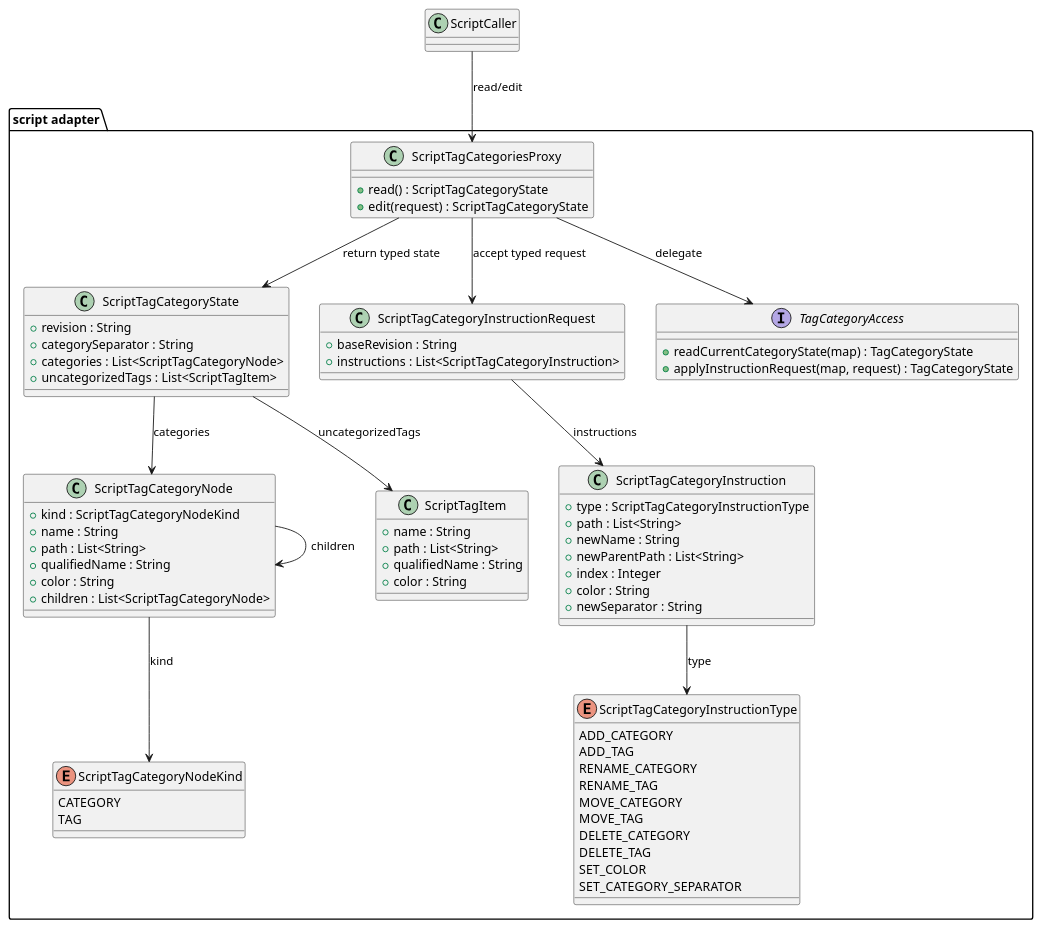
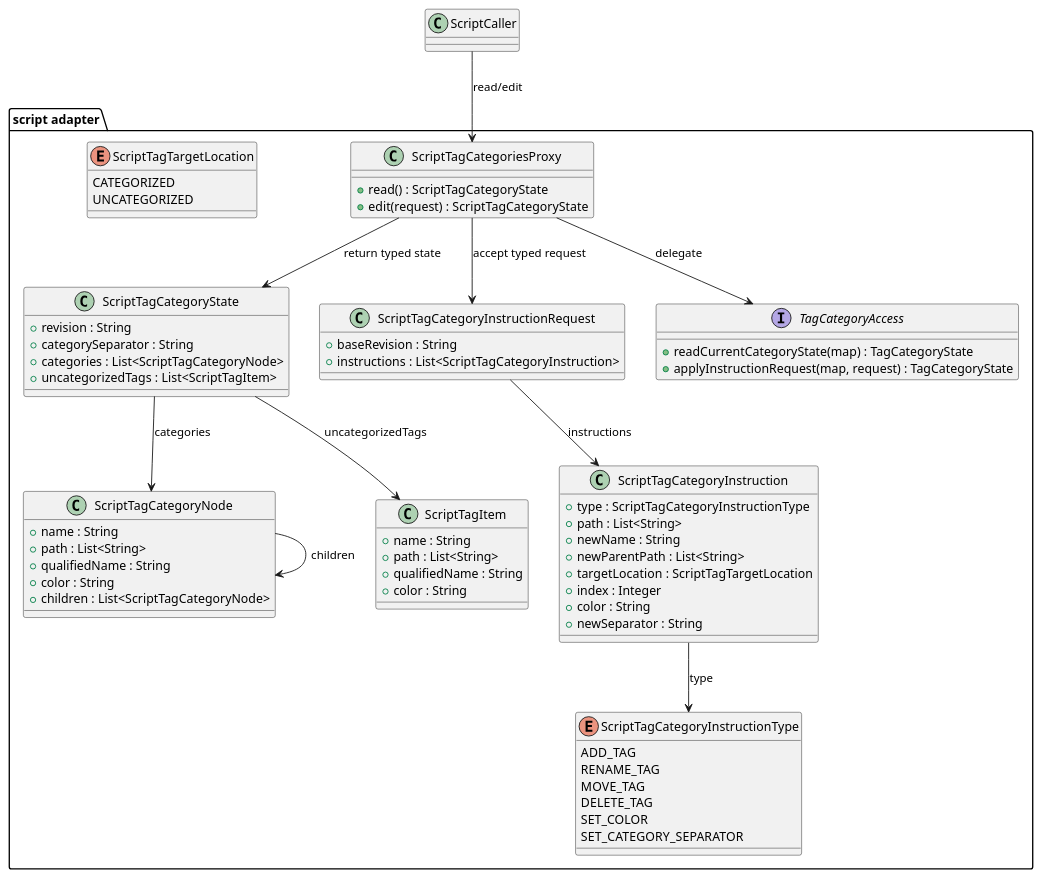
One commit to guoranjun2/nexordia changed the fifth of 7 diagrams in ai-specs/tasks/in-progress/expose-node-tags-to-ai-tools.md. Above: the diagram before and after it, drawn with PlantUML. The commit also changed other lines of this file and 29 other files, not shown here.

Commit message:
Refine tag category editing and hide removed tag sentinels

````diff
--- a/ai-specs/tasks/in-progress/expose-node-tags-to-ai-tools.md
+++ b/ai-specs/tasks/in-progress/expose-node-tags-to-ai-tools.md
@@ -897,76 +921,71 @@
 ```plantuml
 @startuml
 set separator none
 package "script adapter" {
   class ScriptTagCategoriesProxy {
     + read() : ScriptTagCategoryState
     + edit(request) : ScriptTagCategoryState
   }
   class ScriptTagCategoryState {
     + revision : String
     + categorySeparator : String
     + categories : List<ScriptTagCategoryNode>
     + uncategorizedTags : List<ScriptTagItem>
   }
   class ScriptTagCategoryNode {
-    + kind : ScriptTagCategoryNodeKind
     + name : String
     + path : List<String>
     + qualifiedName : String
     + color : String
     + children : List<ScriptTagCategoryNode>
   }
   class ScriptTagItem {
     + name : String
     + path : List<String>
     + qualifiedName : String
     + color : String
   }
   class ScriptTagCategoryInstructionRequest {
     + baseRevision : String
     + instructions : List<ScriptTagCategoryInstruction>
   }
   class ScriptTagCategoryInstruction {
     + type : ScriptTagCategoryInstructionType
     + path : List<String>
     + newName : String
     + newParentPath : List<String>
+    + targetLocation : ScriptTagTargetLocation
     + index : Integer
     + color : String
     + newSeparator : String
   }
   interface TagCategoryAccess {
     + readCurrentCategoryState(map) : TagCategoryState
     + applyInstructionRequest(map, request) : TagCategoryState
   }
-  enum ScriptTagCategoryNodeKind {
-    CATEGORY
-    TAG
-  }
   enum ScriptTagCategoryInstructionType {
-    ADD_CATEGORY
     ADD_TAG
-    RENAME_CATEGORY
     RENAME_TAG
-    MOVE_CATEGORY
     MOVE_TAG
-    DELETE_CATEGORY
     DELETE_TAG
     SET_COLOR
     SET_CATEGORY_SEPARATOR
+  }
+  enum ScriptTagTargetLocation {
+    CATEGORIZED
+    UNCATEGORIZED
   }
 }
 class ScriptCaller
 
 ScriptCaller --> ScriptTagCategoriesProxy : read/edit
 ScriptTagCategoriesProxy --> ScriptTagCategoryState : return typed state
 ScriptTagCategoriesProxy --> ScriptTagCategoryInstructionRequest : accept typed request
 ScriptTagCategoriesProxy --> TagCategoryAccess : delegate
 ScriptTagCategoryState --> ScriptTagCategoryNode : categories
 ScriptTagCategoryState --> ScriptTagItem : uncategorizedTags
 ScriptTagCategoryNode --> ScriptTagCategoryNode : children
-ScriptTagCategoryNode --> ScriptTagCategoryNodeKind : kind
 ScriptTagCategoryInstructionRequest --> ScriptTagCategoryInstruction : instructions
 ScriptTagCategoryInstruction --> ScriptTagCategoryInstructionType : type
 @enduml
 ```
````
